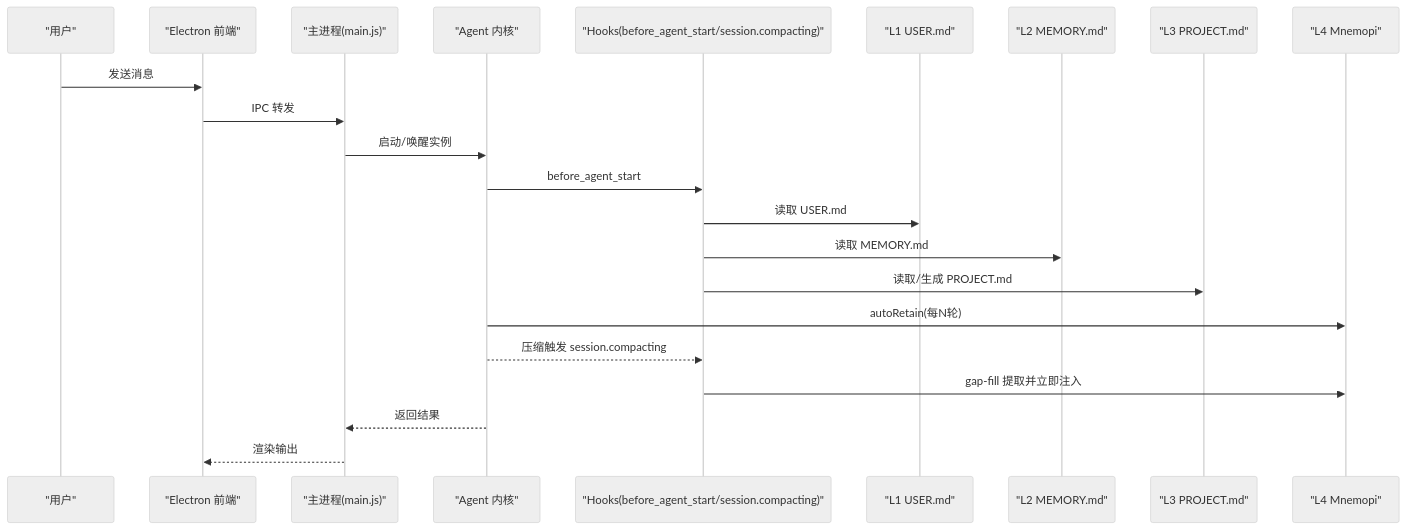
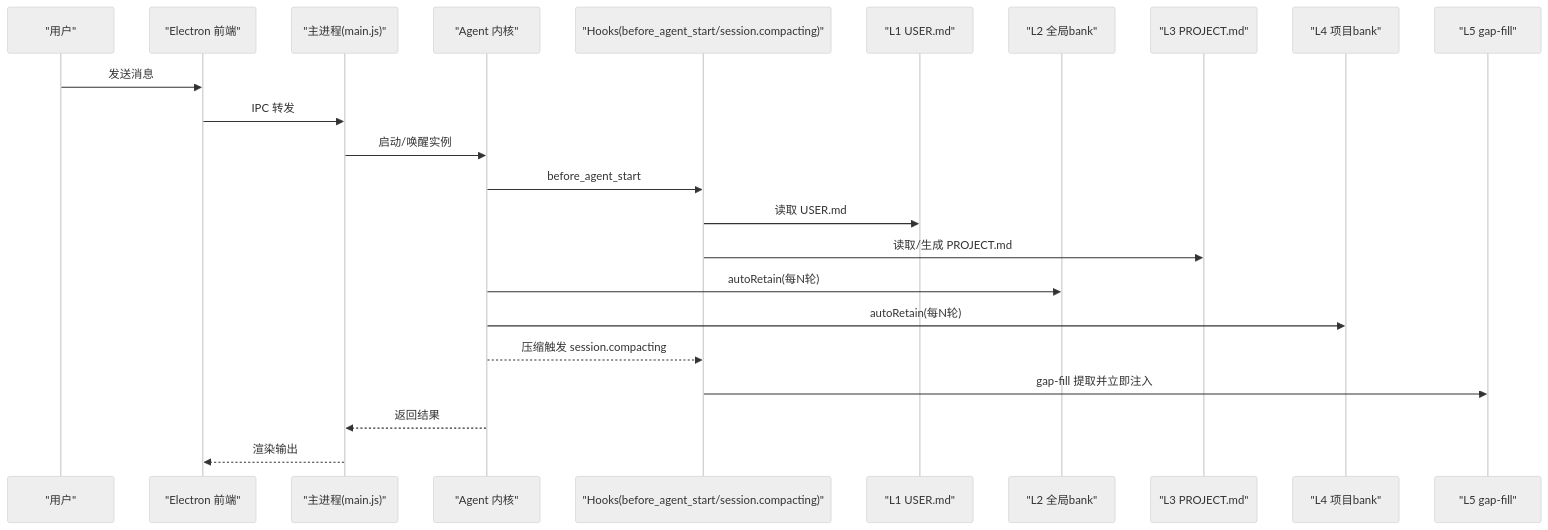
Before and after one commit to swond-Mao/Tiffa: the second of 7 diagrams in .qoder/repowiki/zh/content/记忆系统/四重记忆架构概览.md, drawn with Mermaid (neutral theme). The commit also changed other lines of this file and 73 other files, not shown here.

First line of the commit message:
feat: Tiffa 品牌图标 + Computer Use v2 + WebP 静默崩修复

````diff
--- a/.qoder/repowiki/zh/content/记忆系统/四重记忆架构概览.md
+++ b/.qoder/repowiki/zh/content/记忆系统/四重记忆架构概览.md
@@ -103,24 +122,25 @@
 ```mermaid
 sequenceDiagram
 participant U as "用户"
 participant E as "Electron 前端"
 participant M as "主进程(main.js)"
 participant A as "Agent 内核"
 participant H as "Hooks(before_agent_start/session.compacting)"
 participant L1 as "L1 USER.md"
-participant L2 as "L2 MEMORY.md"
+participant L2 as "L2 全局bank"
 participant L3 as "L3 PROJECT.md"
-participant L4 as "L4 Mnemopi"
+participant L4 as "L4 项目bank"
+participant L5 as "L5 gap-fill"
 U->>E : 发送消息
 E->>M : IPC 转发
 M->>A : 启动/唤醒实例
 A->>H : before_agent_start
 H->>L1 : 读取 USER.md
-H->>L2 : 读取 MEMORY.md
 H->>L3 : 读取/生成 PROJECT.md
+A->>L2 : autoRetain(每N轮)
 A->>L4 : autoRetain(每N轮)
 A-->>H : 压缩触发 session.compacting
-H->>L4 : gap-fill 提取并立即注入
+H->>L5 : gap-fill 提取并立即注入
 A-->>M : 返回结果
 M-->>E : 渲染输出
 ```
````
